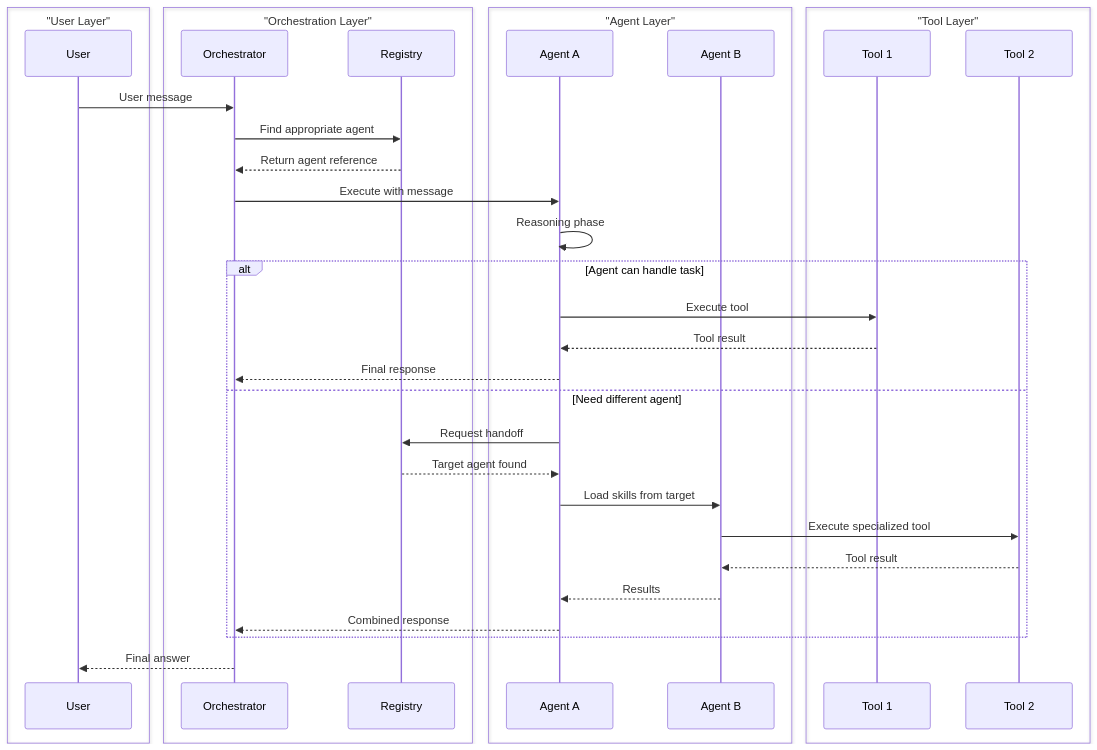
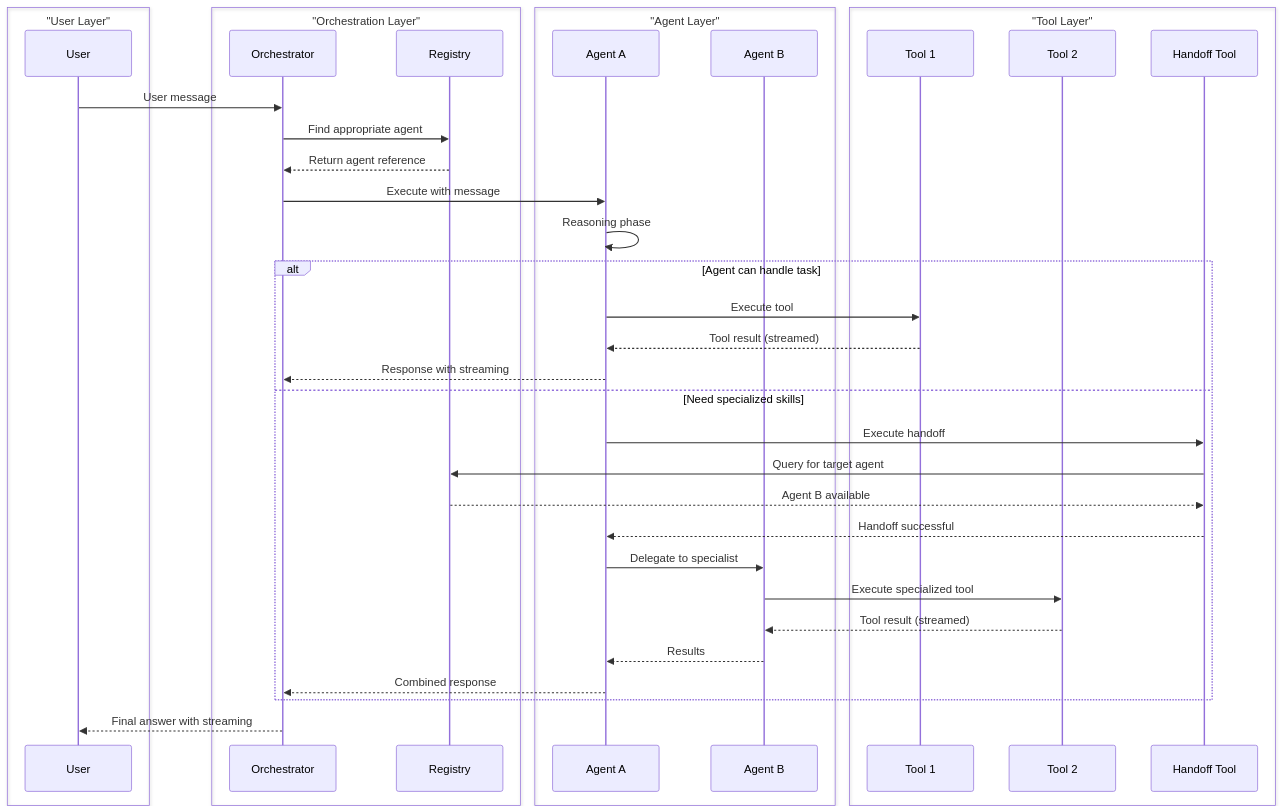
The fourth of 5 diagrams in packages/ai-agents/README.md (mkuchak/ai-agents), drawn with Mermaid before and after one commit. The commit also changed other lines of this file, not shown here.

First line of the commit message:
docs(ai-agents): update agent names and enhance documentation

````diff
--- a/packages/ai-agents/README.md
+++ b/packages/ai-agents/README.md
@@ -253,44 +281,47 @@
 ```mermaid
 sequenceDiagram
     box "User Layer"
         participant U as User
     end
     
     box "Orchestration Layer"  
         participant O as Orchestrator
         participant R as Registry
     end
     
     box "Agent Layer"
         participant A1 as Agent A
         participant A2 as Agent B
     end
     
     box "Tool Layer"
         participant T1 as Tool 1
         participant T2 as Tool 2
+        participant HT as Handoff Tool
     end
 
     U->>O: User message
     O->>R: Find appropriate agent
     R-->>O: Return agent reference
     
     O->>A1: Execute with message
     A1->>A1: Reasoning phase
     
     alt Agent can handle task
         A1->>T1: Execute tool
-        T1-->>A1: Tool result
-        A1-->>O: Final response
-    else Need different agent
-        A1->>R: Request handoff
-        R-->>A1: Target agent found
-        A1->>A2: Load skills from target
+        T1-->>A1: Tool result (streamed)
+        A1-->>O: Response with streaming
+    else Need specialized skills
+        A1->>HT: Execute handoff
+        HT->>R: Query for target agent
+        R-->>HT: Agent B available
+        HT-->>A1: Handoff successful
+        A1->>A2: Delegate to specialist
         A2->>T2: Execute specialized tool
-        T2-->>A2: Tool result
+        T2-->>A2: Tool result (streamed)
         A2-->>A1: Results
         A1-->>O: Combined response
     end
     
-    O-->>U: Final answer
+    O-->>U: Final answer with streaming
 ```
````
